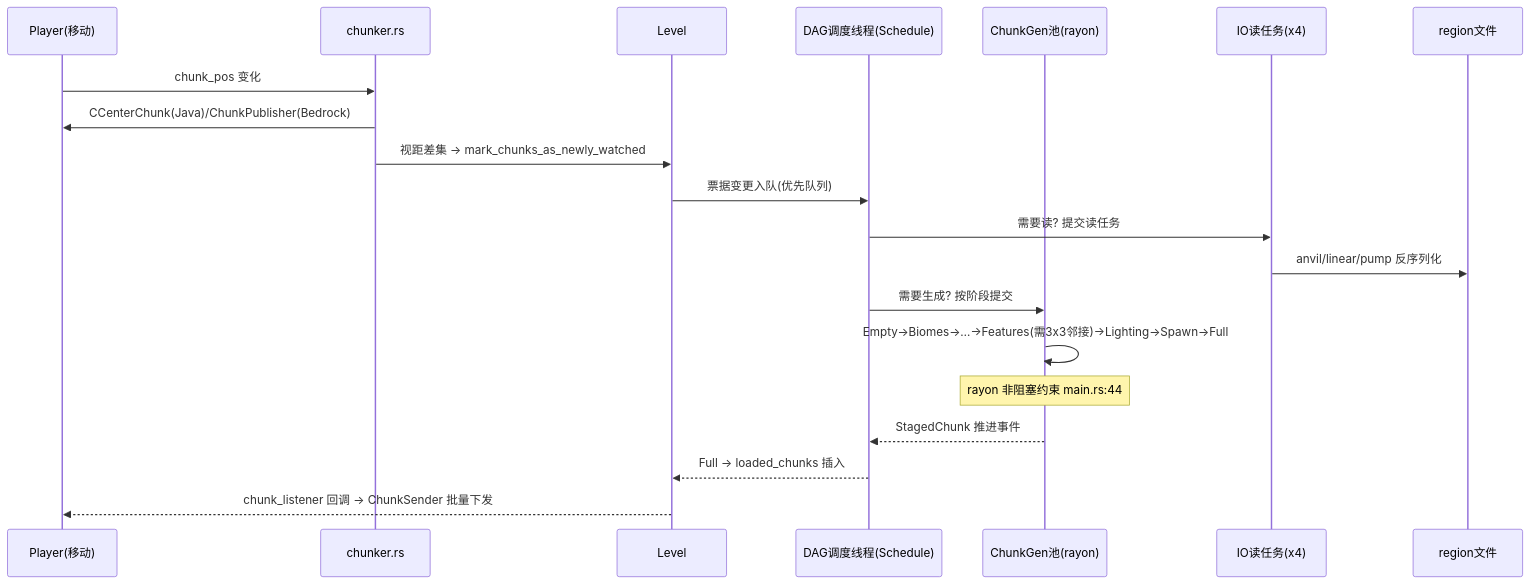
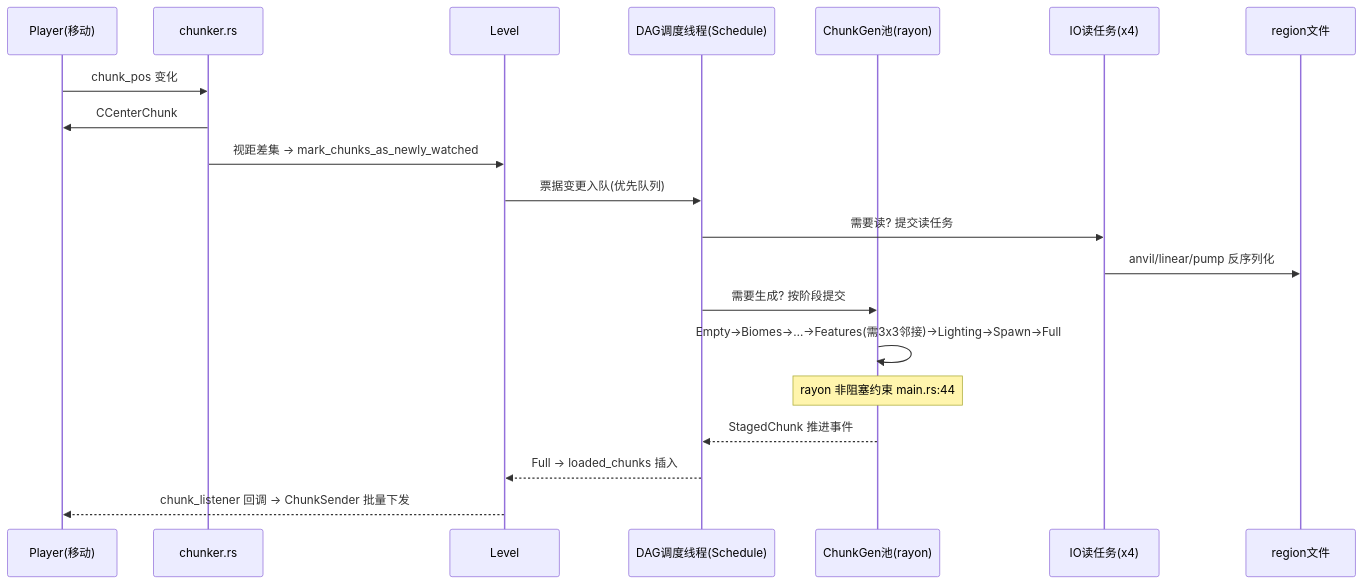
The third of 6 diagrams in note/05-数据流.md (Quotidietium/Papokin), drawn with Mermaid before and after one commit. The commit also changed other lines of this file and 2 other files, not shown here.

````diff
--- a/note/05-数据流.md
+++ b/note/05-数据流.md
@@ -92,22 +89,22 @@
 ```mermaid
 sequenceDiagram
     participant P as Player(移动)
     participant CH as chunker.rs
     participant L as Level
     participant D as DAG调度线程(Schedule)
     participant G as ChunkGen池(rayon)
     participant IO as IO读任务(x4)
     participant F as region文件
     P->>CH: chunk_pos 变化
-    CH->>P: CCenterChunk(Java)/ChunkPublisher(Bedrock)
+    CH->>P: CCenterChunk
     CH->>L: 视距差集 → mark_chunks_as_newly_watched
     L->>D: 票据变更入队(优先队列)
     D->>IO: 需要读? 提交读任务
     IO->>F: anvil/linear/pump 反序列化
     D->>G: 需要生成? 按阶段提交
     G->>G: Empty→Biomes→…→Features(需3x3邻接)→Lighting→Spawn→Full
     Note over G: rayon 非阻塞约束 main.rs:44
     G-->>D: StagedChunk 推进事件
     D-->>L: Full → loaded_chunks 插入
     L-->>P: chunk_listener 回调 → ChunkSender 批量下发
 ```
````
